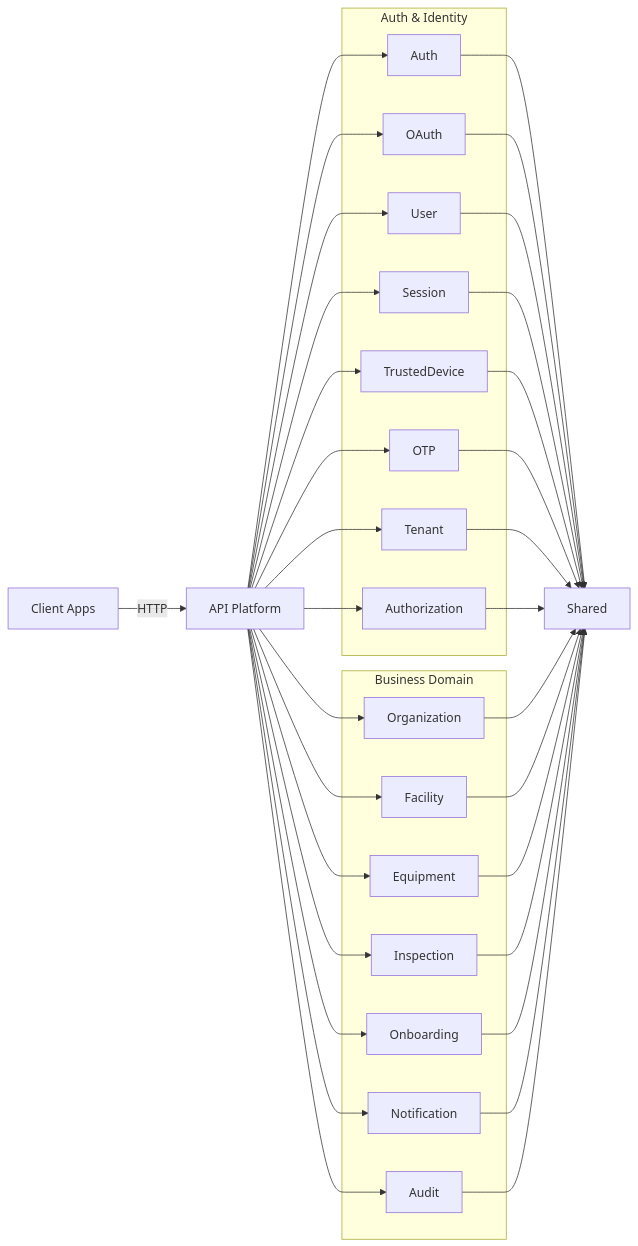
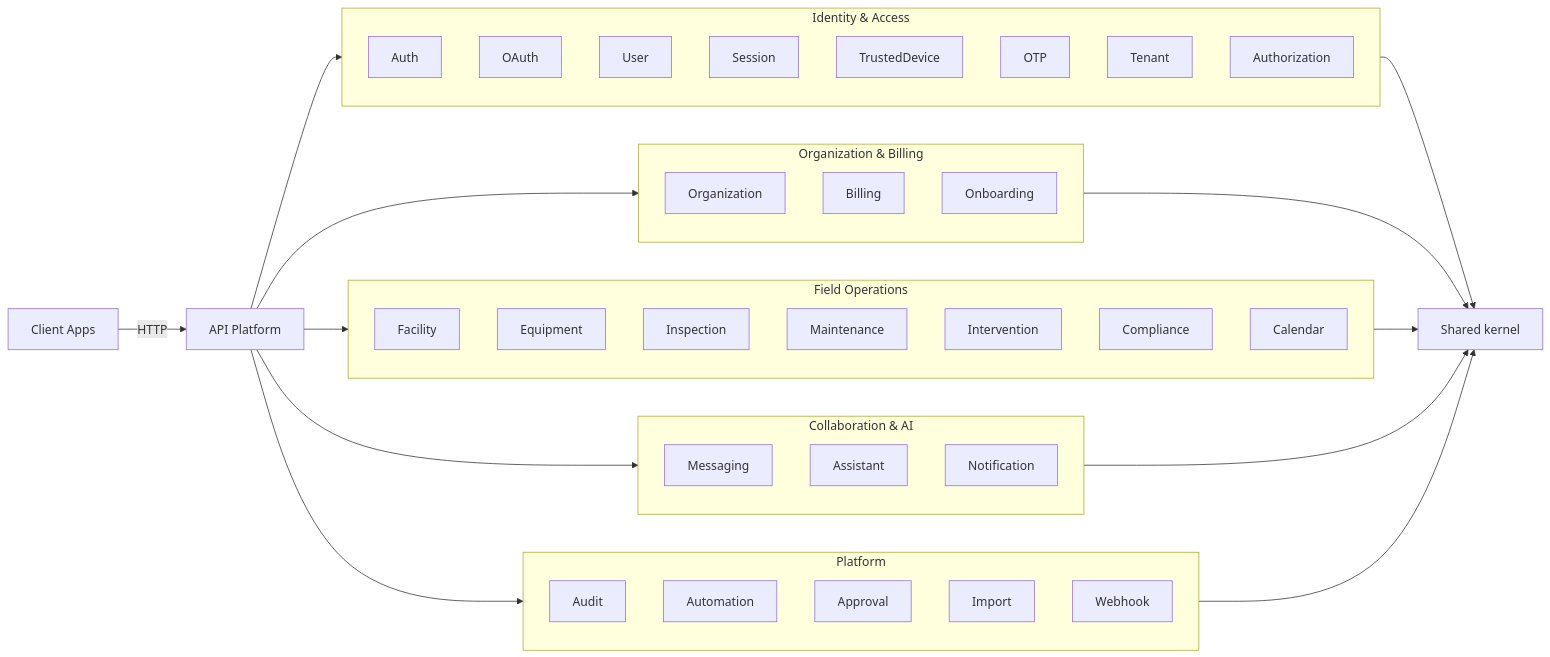
The second of 2 diagrams in README.md (DevSkyLex/fireguard-api), drawn with Mermaid before and after one commit. The commit also changed other lines of this file and 532 other files, not shown here.

````diff
--- a/README.md
+++ b/README.md
@@ -164,57 +232,57 @@
 ```mermaid
 flowchart LR
   Client[Client Apps] -->|HTTP| API[API Platform]
 
-  subgraph Auth & Identity
+  API --> identity
+  API --> orgbilling
+  API --> fieldops
+  API --> collab
+  API --> platform
+
+  subgraph identity [Identity & Access]
     Auth[Auth]
     OAuth[OAuth]
     User[User]
     Session[Session]
     TrustedDevice[TrustedDevice]
     Otp[OTP]
     Tenant[Tenant]
     Authorization[Authorization]
   end
 
-  subgraph Business Domain
+  subgraph orgbilling [Organization & Billing]
     Organization[Organization]
+    Billing[Billing]
+    Onboarding[Onboarding]
+  end
+
+  subgraph fieldops [Field Operations]
     Facility[Facility]
     Equipment[Equipment]
     Inspection[Inspection]
-    Onboarding[Onboarding]
-    Notification[Notification]
-    Audit[Audit]
+    Maintenance[Maintenance]
+    Intervention[Intervention]
+    Compliance[Compliance]
+    Calendar[Calendar]
   end
 
-  API --> Auth
-  API --> OAuth
-  API --> User
-  API --> Session
-  API --> TrustedDevice
-  API --> Otp
-  API --> Tenant
-  API --> Authorization
-  API --> Organization
-  API --> Facility
-  API --> Equipment
-  API --> Inspection
-  API --> Onboarding
-  API --> Notification
-  API --> Audit
+  subgraph collab [Collaboration & AI]
+    Messaging[Messaging]
+    Assistant[Assistant]
+    Notification[Notification]
+  end
 
-  Auth --> Shared[Shared]
-  OAuth --> Shared
-  User --> Shared
-  Session --> Shared
-  TrustedDevice --> Shared
-  Otp --> Shared
-  Tenant --> Shared
-  Authorization --> Shared
-  Organization --> Shared
-  Facility --> Shared
-  Equipment --> Shared
-  Inspection --> Shared
-  Onboarding --> Shared
-  Notification --> Shared
-  Audit --> Shared
+  subgraph platform [Platform]
+    Audit[Audit]
+    Automation[Automation]
+    Approval[Approval]
+    Import[Import]
+    Webhook[Webhook]
+  end
+
+  identity --> Shared[Shared kernel]
+  orgbilling --> Shared
+  fieldops --> Shared
+  collab --> Shared
+  platform --> Shared
 ```
````
